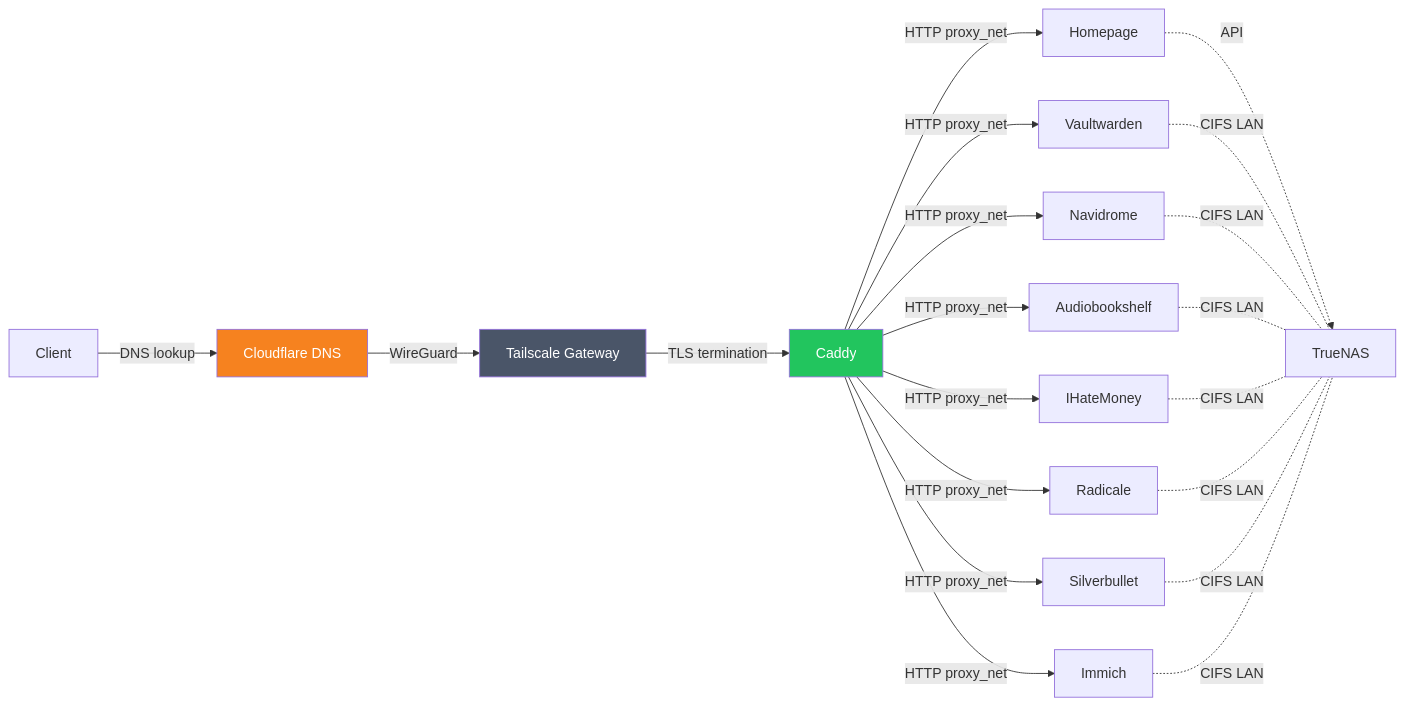
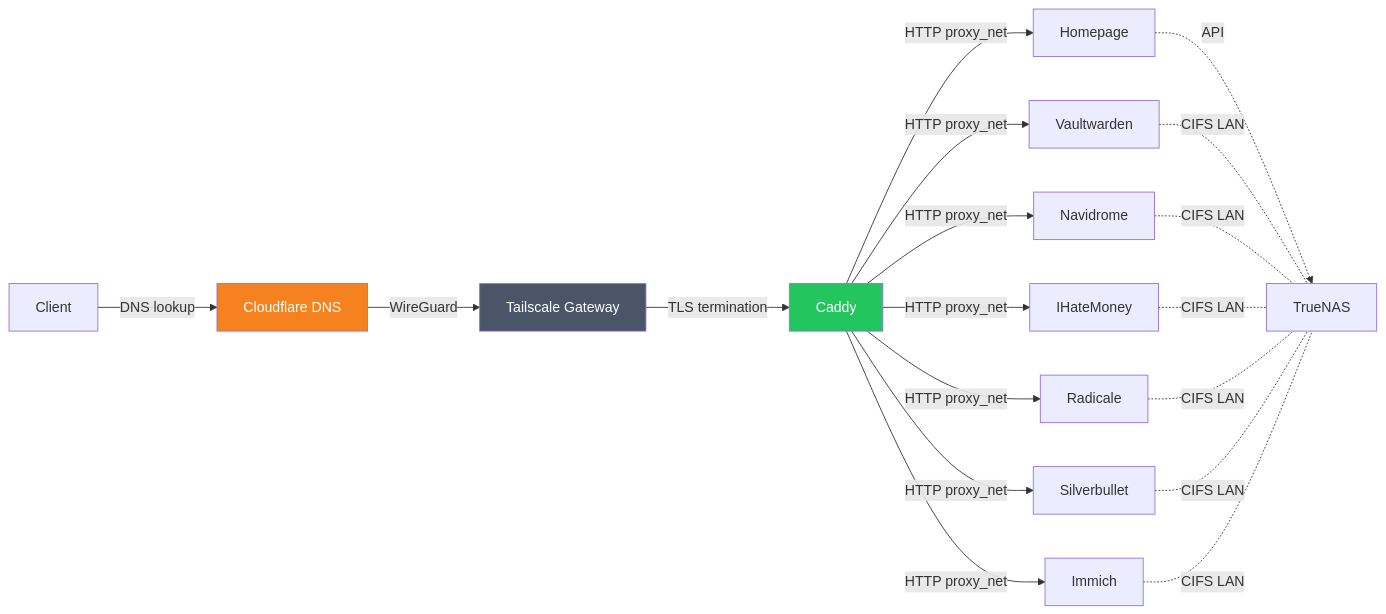
Before and after one commit to masolnada/homelab: the second of 2 diagrams in README.md, drawn with Mermaid. The commit also changed other lines of this file and 3 other files, not shown here.

````diff
--- a/README.md
+++ b/README.md
@@ -78,26 +74,24 @@
 ```mermaid
 graph LR
     Client -->|DNS lookup| CF[Cloudflare DNS]
     CF -->|WireGuard| TS[Tailscale Gateway]
     TS -->|TLS termination| Caddy
     Caddy -->|HTTP proxy_net| Homepage
     Caddy -->|HTTP proxy_net| Vaultwarden
     Caddy -->|HTTP proxy_net| Navidrome
-    Caddy -->|HTTP proxy_net| Audiobookshelf
     Caddy -->|HTTP proxy_net| IHateMoney
     Caddy -->|HTTP proxy_net| Radicale
     Caddy -->|HTTP proxy_net| Silverbullet
     Caddy -->|HTTP proxy_net| Immich
     Homepage -.->|API| NAS[TrueNAS]
     Vaultwarden -.-|CIFS LAN| NAS
     Navidrome -.-|CIFS LAN| NAS
-    Audiobookshelf -.-|CIFS LAN| NAS
     IHateMoney -.-|CIFS LAN| NAS
     Radicale -.-|CIFS LAN| NAS
     Silverbullet -.-|CIFS LAN| NAS
     Immich -.-|CIFS LAN| NAS
 
     style CF fill:#f6821f,color:#fff
     style TS fill:#4a5568,color:#fff
     style Caddy fill:#22c55e,color:#fff
 ```
````
